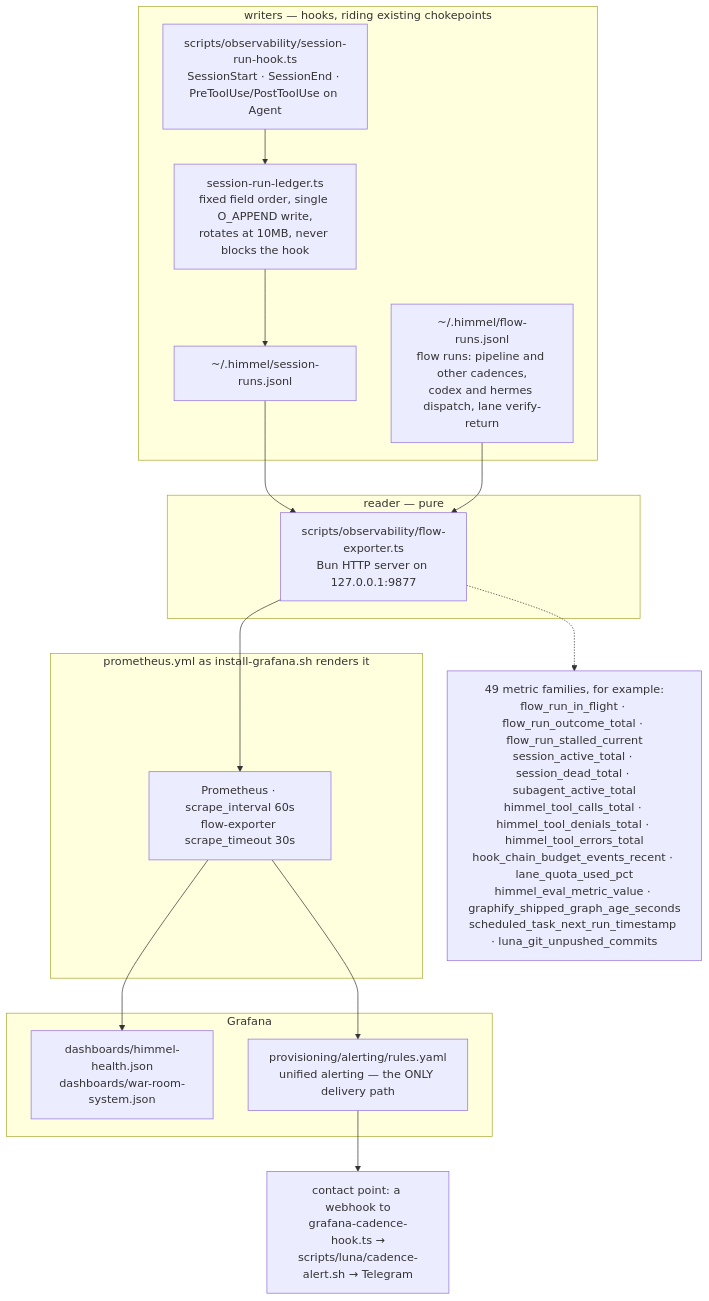
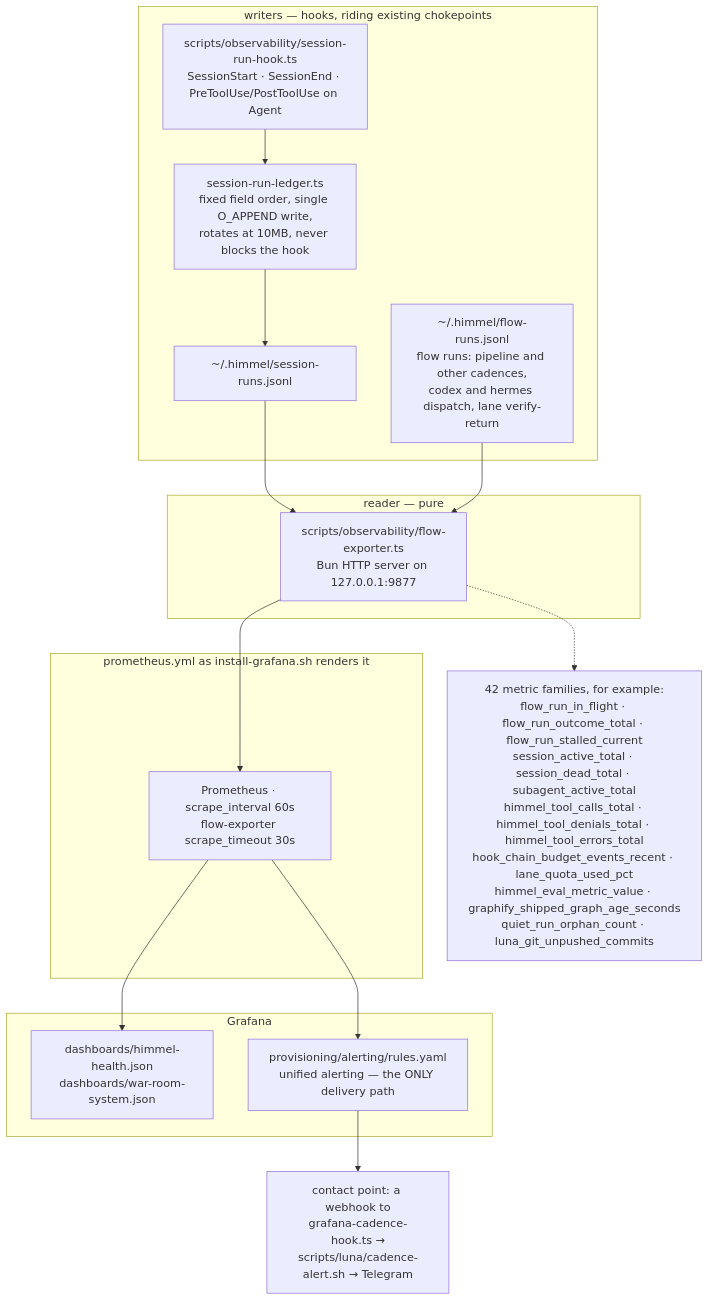
Before and after one commit to yotamleo-org/Himmel: the fifth of 5 diagrams in docs/architecture.md, drawn with Mermaid. The commit also changed 13 other files, not shown here.

First line of the commit message:
chore(platform): [HIMMEL-5854] observability and install drop dead win32 branches

````diff
--- a/docs/architecture.md
+++ b/docs/architecture.md
@@ -278,32 +278,32 @@
 ```mermaid
 flowchart TD
     subgraph WRITE["writers — hooks, riding existing chokepoints"]
         HK["scripts/observability/session-run-hook.ts<br/>SessionStart · SessionEnd · PreToolUse/PostToolUse on Agent"]
         SL["session-run-ledger.ts<br/>fixed field order, single O_APPEND write,<br/>rotates at 10MB, never blocks the hook"]
         LED["~/.himmel/session-runs.jsonl"]
         FLOW["~/.himmel/flow-runs.jsonl<br/>flow runs: pipeline and other cadences,<br/>codex and hermes dispatch, lane verify-return"]
         HK --> SL --> LED
     end
 
     subgraph READ["reader — pure"]
         EXP["scripts/observability/flow-exporter.ts<br/>Bun HTTP server on 127.0.0.1:9877"]
         LED --> EXP
         FLOW --> EXP
     end
 
     subgraph SCRAPE["prometheus.yml as install-grafana.sh renders it"]
         PROM["Prometheus · scrape_interval 60s<br/>flow-exporter scrape_timeout 30s"]
         EXP --> PROM
     end
 
     subgraph VIEW["Grafana"]
         DASH["dashboards/himmel-health.json<br/>dashboards/war-room-system.json"]
         ALERT["provisioning/alerting/rules.yaml<br/>unified alerting — the ONLY delivery path"]
         PROM --> DASH
         PROM --> ALERT
     end
 
     ALERT --> TG["contact point: a webhook to<br/>grafana-cadence-hook.ts →<br/>scripts/luna/cadence-alert.sh → Telegram"]
 
-    EXP -.-> M["49 metric families, for example:<br/>flow_run_in_flight · flow_run_outcome_total · flow_run_stalled_current<br/>session_active_total · session_dead_total · subagent_active_total<br/>himmel_tool_calls_total · himmel_tool_denials_total · himmel_tool_errors_total<br/>hook_chain_budget_events_recent · lane_quota_used_pct<br/>himmel_eval_metric_value · graphify_shipped_graph_age_seconds<br/>scheduled_task_next_run_timestamp · luna_git_unpushed_commits"]
+    EXP -.-> M["42 metric families, for example:<br/>flow_run_in_flight · flow_run_outcome_total · flow_run_stalled_current<br/>session_active_total · session_dead_total · subagent_active_total<br/>himmel_tool_calls_total · himmel_tool_denials_total · himmel_tool_errors_total<br/>hook_chain_budget_events_recent · lane_quota_used_pct<br/>himmel_eval_metric_value · graphify_shipped_graph_age_seconds<br/>quiet_run_orphan_count · luna_git_unpushed_commits"]
 ```
````
